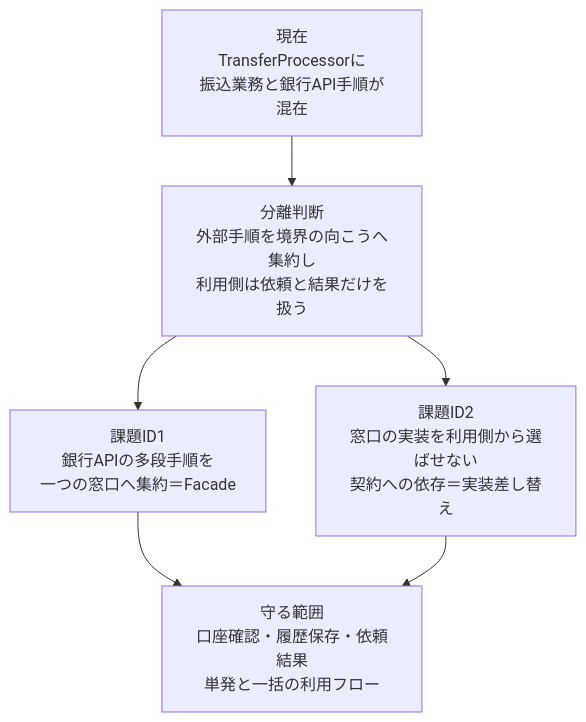
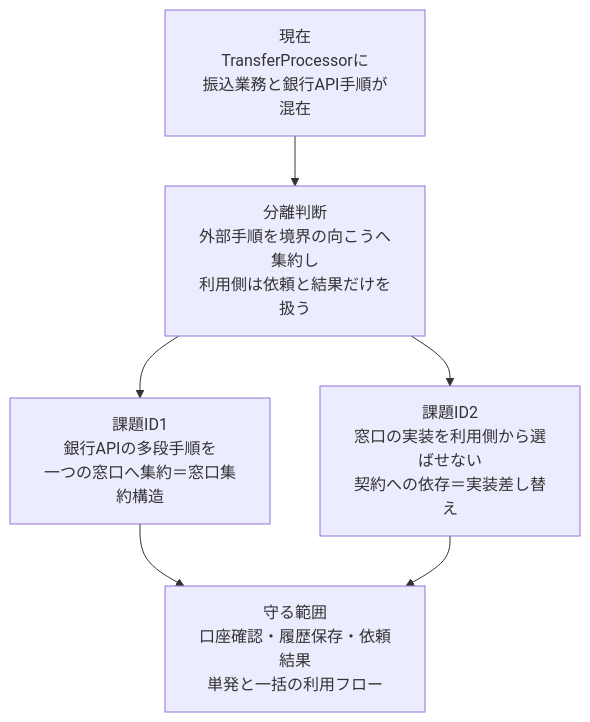
The seventh of 17 diagrams in kindle/design-patterns/output/chapter02.md (kumachan1101-pixel/DesignPattern), drawn with Mermaid before and after one commit. The commit also changed other lines of this file and 24 other files, not shown here.

Commit message:
docs: 問題から導く構成とクラス図説明を整合

````diff
--- a/kindle/design-patterns/output/chapter02.md
+++ b/kindle/design-patterns/output/chapter02.md
@@ -1521,8 +1519,8 @@
 ```mermaid
 flowchart TB
     A[現在<br/>TransferProcessorに<br/>振込業務と銀行API手順が混在] --> B[分離判断<br/>外部手順を境界の向こうへ集約し<br/>利用側は依頼と結果だけを扱う]
-    B --> C[課題ID1<br/>銀行APIの多段手順を<br/>一つの窓口へ集約＝Facade]
+    B --> C[課題ID1<br/>銀行APIの多段手順を<br/>一つの窓口へ集約＝窓口集約構造]
     B --> D[課題ID2<br/>窓口の実装を利用側から選ばせない<br/>契約への依存＝実装差し替え]
     C --> E[守る範囲<br/>口座確認・履歴保存・依頼結果<br/>単発と一括の利用フロー]
     D --> E
 ```
````
